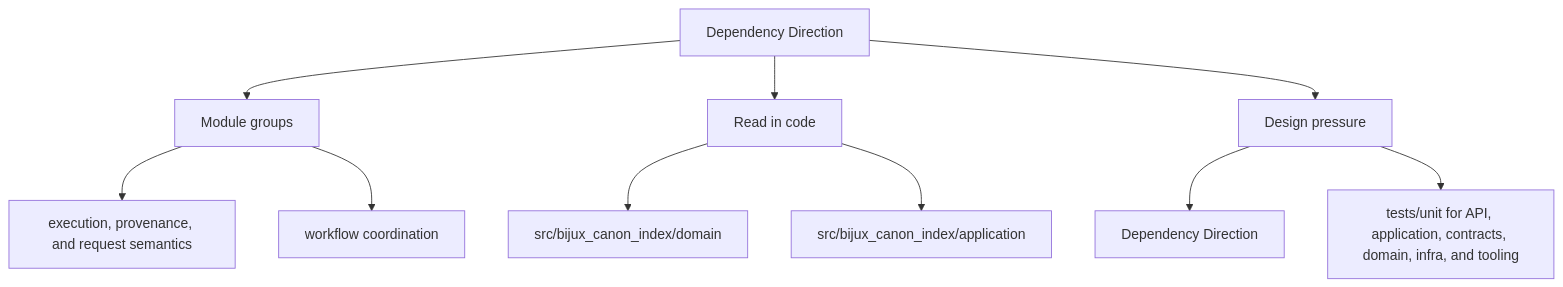
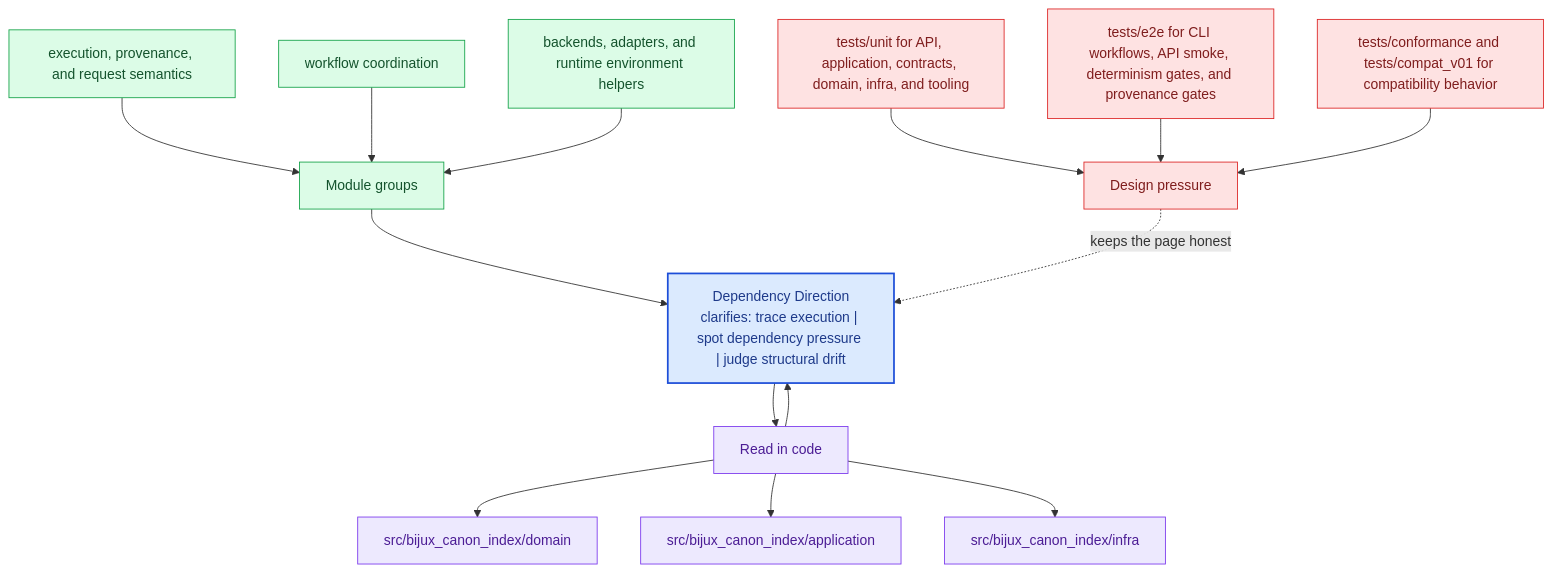
One commit to bijux/bijux-canon changed the second of 2 diagrams in docs/bijux-canon-index/architecture/dependency-direction.md. Above: the diagram before and after it, drawn with Mermaid. The commit also changed other lines of this file and 281 other files, not shown here.

Commit message:
docs(diagrams): deepen handbook mermaid maps across the catalog

````diff
--- a/docs/bijux-canon-index/architecture/dependency-direction.md
+++ b/docs/bijux-canon-index/architecture/dependency-direction.md
@@ -35,22 +68,40 @@
 ```mermaid
-flowchart TD
-    page["Dependency Direction"]
+flowchart TB
+    promise["Dependency Direction<br/>clarifies: trace execution | spot dependency pressure | judge structural drift"]
+    classDef promise fill:#dbeafe,stroke:#1d4ed8,color:#1e3a8a,stroke-width:2px;
+    classDef driver fill:#dcfce7,stroke:#16a34a,color:#14532d;
+    classDef constraint fill:#fee2e2,stroke:#dc2626,color:#7f1d1d;
+    classDef ground fill:#ede9fe,stroke:#7c3aed,color:#4c1d95;
     focus1["Module groups"]
-    page --> focus1
+    focus1 --> promise
     focus1_1["execution, provenance, and request semantics"]
-    focus1 --> focus1_1
+    focus1_1 --> focus1
     focus1_2["workflow coordination"]
-    focus1 --> focus1_2
+    focus1_2 --> focus1
+    focus1_3["backends, adapters, and runtime environment helpers"]
+    focus1_3 --> focus1
+    class focus1 driver;
+    class focus1_1,focus1_2,focus1_3 driver;
     focus2["Read in code"]
-    page --> focus2
+    focus2 --> promise
+    promise --> focus2
     focus2_1["src/bijux_canon_index/domain"]
     focus2 --> focus2_1
     focus2_2["src/bijux_canon_index/application"]
     focus2 --> focus2_2
+    focus2_3["src/bijux_canon_index/infra"]
+    focus2 --> focus2_3
+    class focus2 ground;
+    class focus2_1,focus2_2,focus2_3 ground;
     focus3["Design pressure"]
-    page --> focus3
-    focus3_1["Dependency Direction"]
-    focus3 --> focus3_1
-    focus3_2["tests/unit for API, application, contracts, domain, infra, and tooling"]
-    focus3 --> focus3_2
+    focus3 -.keeps the page honest.-> promise
+    focus3_1["tests/unit for API, application, contracts, domain, infra, and tooling"]
+    focus3_1 --> focus3
+    focus3_2["tests/e2e for CLI workflows, API smoke, determinism gates, and provenance gates"]
+    focus3_2 --> focus3
+    focus3_3["tests/conformance and tests/compat_v01 for compatibility behavior"]
+    focus3_3 --> focus3
+    class focus3 constraint;
+    class focus3_1,focus3_2,focus3_3 constraint;
+    class promise promise;
 ```
````
